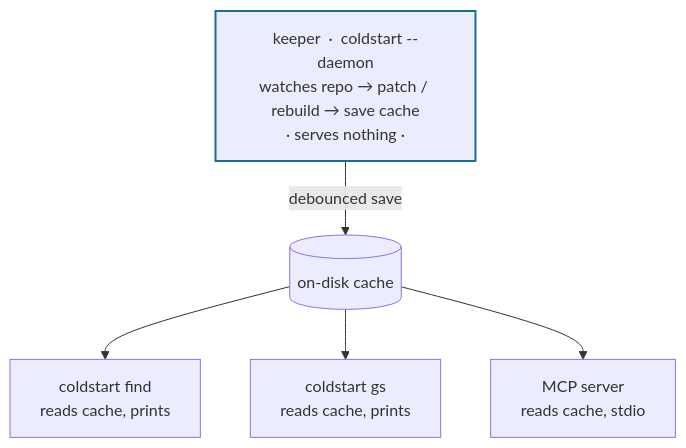
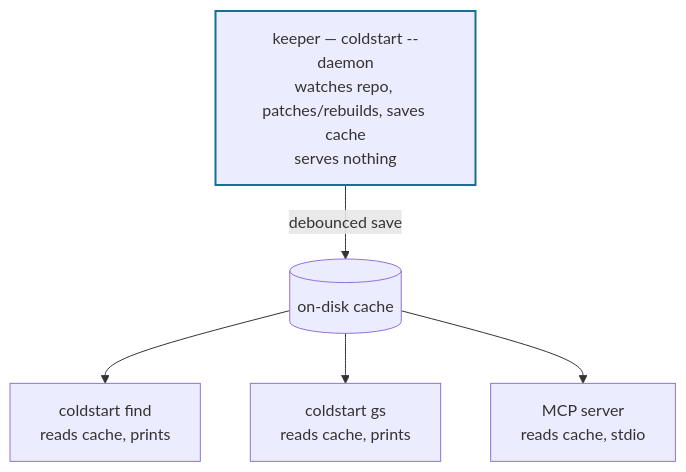
One commit to AkashGoenka/coldstart changed the second of 2 diagrams in README.md. Above: the diagram before and after it, drawn with Mermaid. The commit also changed other lines of this file, not shown here.

Commit message:
docs: fix Mermaid syntax (robust class assignment, no HTML entities in labels)

````diff
--- a/README.md
+++ b/README.md
@@ -182,9 +184,9 @@
 ```mermaid
 flowchart TD
-    K["keeper &nbsp;·&nbsp; coldstart --daemon<br/>watches repo → patch / rebuild → save cache<br/>· serves nothing ·"]:::cold
-    K -->|debounced save| C[("on-disk cache")]
+    K["keeper — coldstart --daemon<br/>watches repo, patches/rebuilds, saves cache<br/>serves nothing"] -->|debounced save| C[("on-disk cache")]
     C --> F["coldstart find<br/>reads cache, prints"]
     C --> G["coldstart gs<br/>reads cache, prints"]
     C --> M["MCP server<br/>reads cache, stdio"]
-    classDef cold stroke:#16708f,stroke-width:2px;
+    class K cold
+    classDef cold stroke:#16708f,stroke-width:2px
 ```
````
